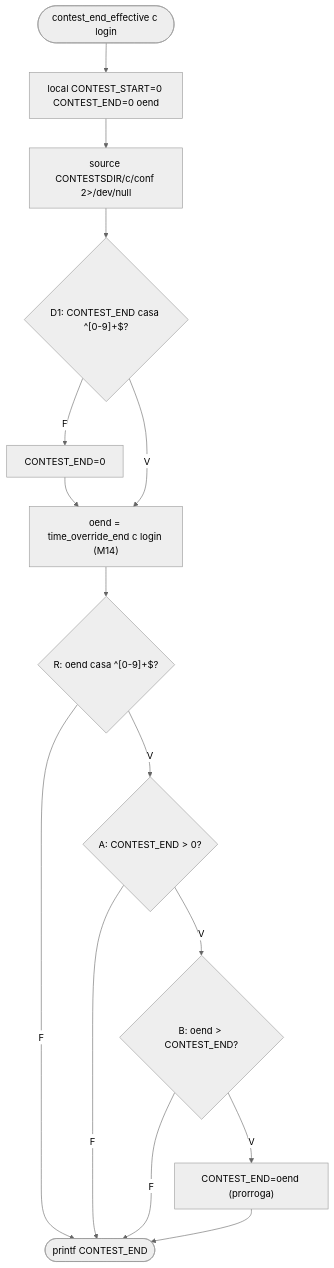
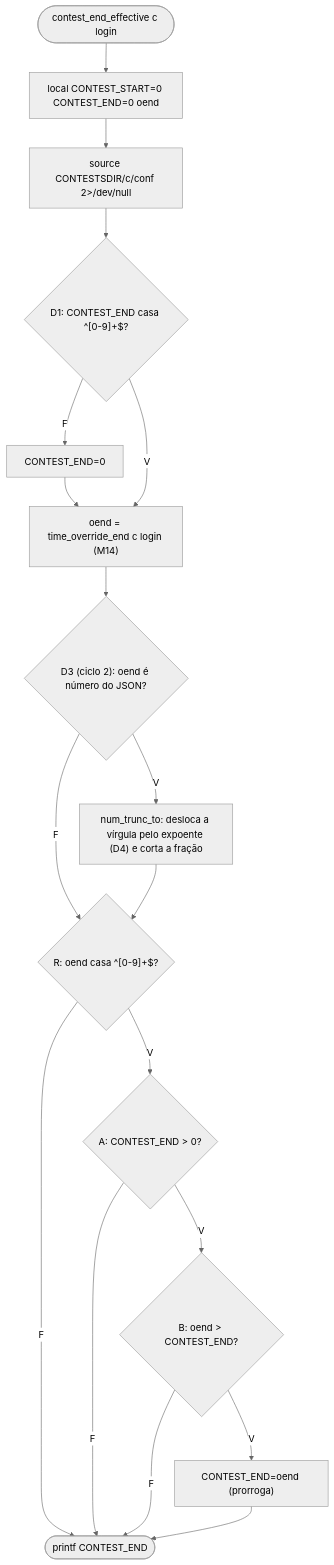
The diagram in Test_Eduardo/testes-eduardo-m15.md (Testes-Software-G11-26-2/cdmoj), drawn with Mermaid (neutral theme) before and after one commit. The commit also changed other lines of this file and 49 other files, not shown here.

````diff
--- a/Test_Eduardo/testes-eduardo-m15.md
+++ b/Test_Eduardo/testes-eduardo-m15.md
@@ -98,16 +107,19 @@
 ```mermaid
 flowchart TD
   S(["contest_end_effective c login"]) --> L["local CONTEST_START=0 CONTEST_END=0 oend"]
   L --> SRC["source CONTESTSDIR/c/conf 2>/dev/null"]
   SRC --> D1{"D1: CONTEST_END casa ^[0-9]+$?"}
   D1 -- F --> Z["CONTEST_END=0"] --> OV
   D1 -- V --> OV["oend = time_override_end c login (M14)"]
-  OV --> R{"R: oend casa ^[0-9]+$?"}
+  OV --> N3{"D3 (ciclo 2): oend é número do JSON?"}
+  N3 -- F --> R
+  N3 -- V --> N4["num_trunc_to: desloca a vírgula pelo expoente (D4) e corta a fração"] --> R
+  R{"R: oend casa ^[0-9]+$?"}
   R -- F --> P
   R -- V --> A{"A: CONTEST_END > 0?"}
   A -- F --> P
   A -- V --> B{"B: oend > CONTEST_END?"}
   B -- F --> P
   B -- V --> EXT["CONTEST_END=oend (prorroga)"] --> P
   P(["printf CONTEST_END"])
 ```
````
